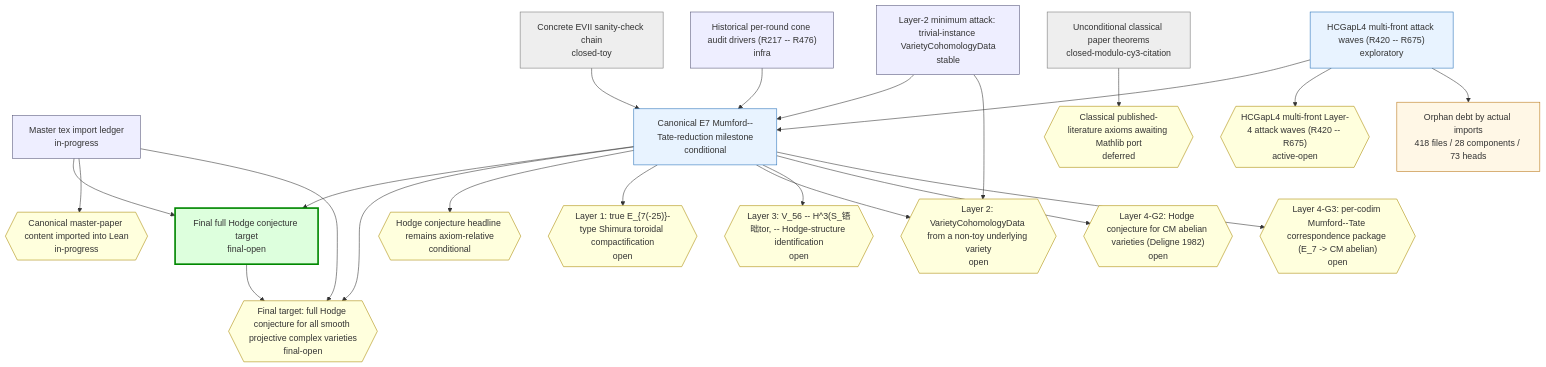
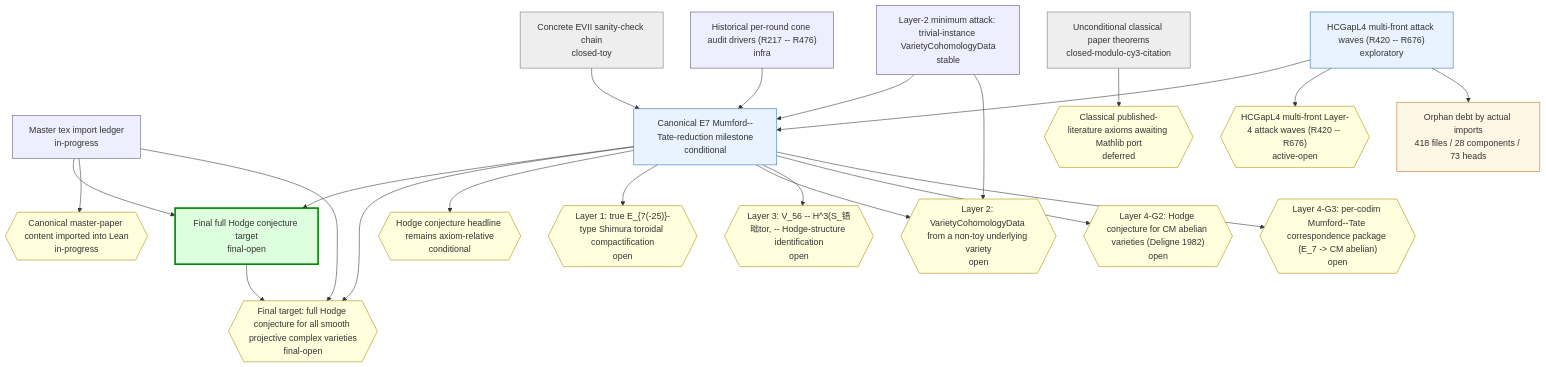
One commit to crabsatellite/hodge-conjecture-lean4-formalization changed the first of 2 diagrams in chain-status/research-map.md. Above: the diagram before and after it, drawn with Mermaid. The commit also changed other lines of this file and 8 other files, not shown here.

````diff
--- a/chain-status/research-map.md
+++ b/chain-status/research-map.md
@@ -46,54 +46,54 @@
 ```mermaid
 graph TD
   classDef main fill:#dfd,stroke:#080,stroke-width:3px
   classDef active fill:#e8f3ff,stroke:#2670b8
   classDef support fill:#eef,stroke:#557
   classDef closed fill:#eee,stroke:#777
   classDef dead fill:#fdd,stroke:#a00,stroke-width:2px
   classDef gapOpen fill:#ffd,stroke:#a80
   classDef gapClosed fill:#eee,stroke:#777
   classDef gapDead fill:#fdd,stroke:#a00
   classDef debt fill:#fff7e6,stroke:#b87514
   classDef debtTaxonomy fill:#e8f3ff,stroke:#2670b8,stroke-dasharray:3 3
   classDef debtRule fill:#eefbea,stroke:#398439,stroke-dasharray:3 3
   classDef debtDead fill:#fdd,stroke:#a00,stroke-dasharray:3 3
   chain_full_hc_final_target["Final full Hodge conjecture target\nfinal-open"]:::main
   chain_master_paper_import_ledger["Master tex import ledger\nin-progress"]:::support
   chain_main_hc_axiom_relative["Canonical E7 Mumford--Tate-reduction milestone\nconditional"]:::active
   chain_unconditional_classical["Unconditional classical paper theorems\nclosed-modulo-cy3-citation"]:::closed
   chain_hcgap_l2_trivial_instances["Layer-2 minimum attack: trivial-instance VarietyCohomologyData\nstable"]:::support
-  chain_hcgap_l4_multifront_active["HCGapL4 multi-front attack waves (R420 -- R675)\nexploratory"]:::active
+  chain_hcgap_l4_multifront_active["HCGapL4 multi-front attack waves (R420 -- R676)\nexploratory"]:::active
   chain_concrete_evii_toy["Concrete EVII sanity-check chain\nclosed-toy"]:::closed
   chain_historical_cone_audits["Historical per-round cone audit drivers (R217 -- R476)\ninfra"]:::support
   gap_G_full_hc{{"Final target: full Hodge conjecture for all smooth projective complex varieties\nfinal-open"}}:::gapOpen
   gap_G_master_paper_import{{"Canonical master-paper content imported into Lean\nin-progress"}}:::gapOpen
   gap_G_main_hc{{"Hodge conjecture headline remains axiom-relative\nconditional"}}:::gapOpen
   gap_G_l1_e7_shimura_tor{{"Layer 1: true E_{7(-25)}-type Shimura toroidal compactification\nopen"}}:::gapOpen
   gap_G_l2_cohomology_construction{{"Layer 2: VarietyCohomologyData from a non-toy underlying variety\nopen"}}:::gapOpen
   gap_G_l3_v56_mt_identification{{"Layer 3: V_56 -- H^3(S_铻昢tor, -- Hodge-structure identification\nopen"}}:::gapOpen
   gap_G_l4_cm_abelian_hc{{"Layer 4-G2: Hodge conjecture for CM abelian varieties (Deligne 1982)\nopen"}}:::gapOpen
   gap_G_l4_mt_correspondence{{"Layer 4-G3: per-codim Mumford--Tate correspondence package (E_7 -> CM abelian)\nopen"}}:::gapOpen
   gap_G_classical_mathlib_port{{"Classical published-literature axioms awaiting Mathlib port\ndeferred"}}:::gapOpen
-  gap_G_hcgap_l4_multifront{{"HCGapL4 multi-front Layer-4 attack waves (R420 -- R675)\nactive-open"}}:::gapOpen
+  gap_G_hcgap_l4_multifront{{"HCGapL4 multi-front Layer-4 attack waves (R420 -- R676)\nactive-open"}}:::gapOpen
   chain_full_hc_final_target --> gap_G_full_hc
   chain_master_paper_import_ledger --> chain_full_hc_final_target
   chain_master_paper_import_ledger --> gap_G_master_paper_import
   chain_master_paper_import_ledger --> gap_G_full_hc
   chain_main_hc_axiom_relative --> chain_full_hc_final_target
   chain_main_hc_axiom_relative --> gap_G_full_hc
   chain_main_hc_axiom_relative --> gap_G_main_hc
   chain_main_hc_axiom_relative --> gap_G_l1_e7_shimura_tor
   chain_main_hc_axiom_relative --> gap_G_l2_cohomology_construction
   chain_main_hc_axiom_relative --> gap_G_l3_v56_mt_identification
   chain_main_hc_axiom_relative --> gap_G_l4_cm_abelian_hc
   chain_main_hc_axiom_relative --> gap_G_l4_mt_correspondence
   chain_unconditional_classical --> gap_G_classical_mathlib_port
   chain_hcgap_l2_trivial_instances --> chain_main_hc_axiom_relative
   chain_hcgap_l2_trivial_instances --> gap_G_l2_cohomology_construction
   chain_hcgap_l4_multifront_active --> chain_main_hc_axiom_relative
   chain_hcgap_l4_multifront_active --> gap_G_hcgap_l4_multifront
   chain_concrete_evii_toy --> chain_main_hc_axiom_relative
   chain_historical_cone_audits --> chain_main_hc_axiom_relative
   debt_all["Orphan debt by actual imports\n418 files / 28 components / 73 heads"]:::debt
   chain_hcgap_l4_multifront_active --> debt_all
 ```
````
